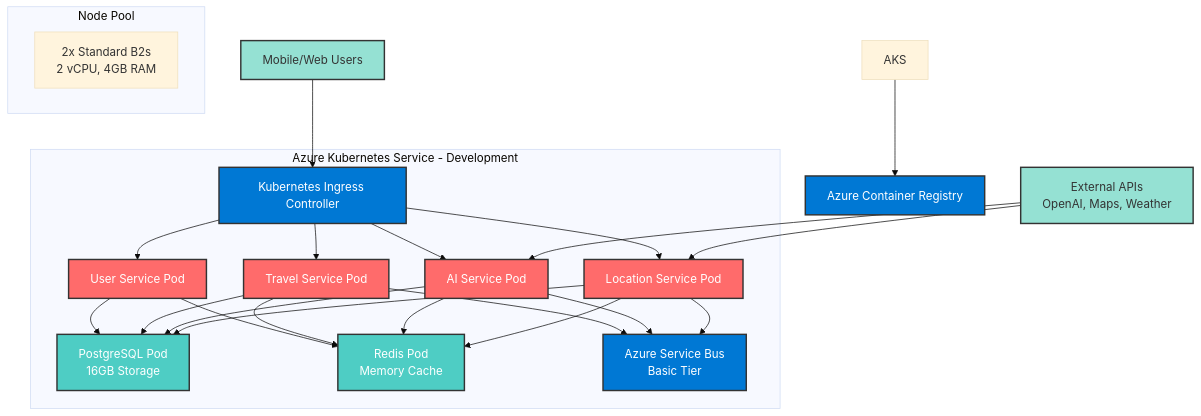
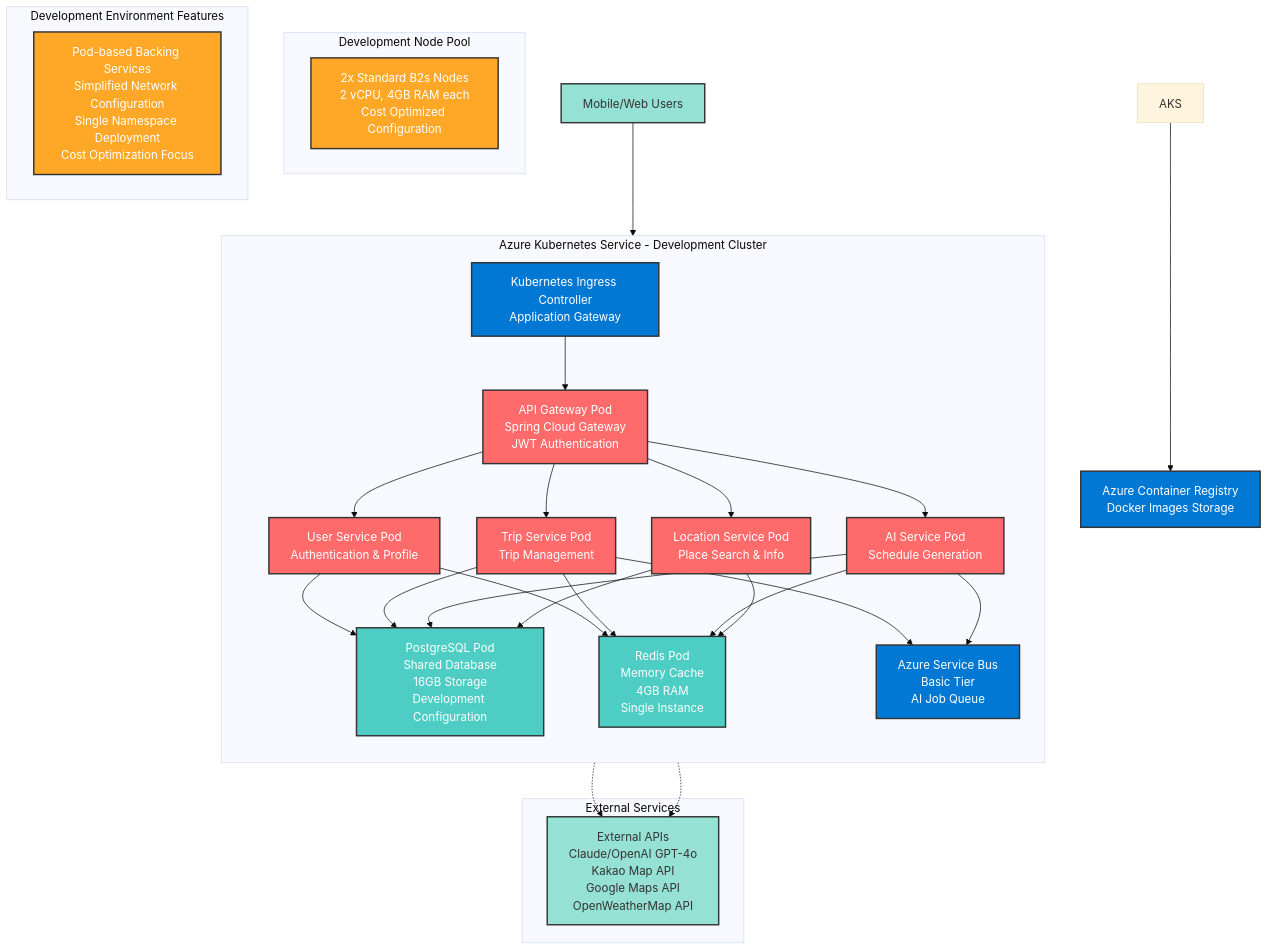
The diagram in design/backend/physical/physical-architecture-dev.mmd (cna-bootcamp/tripgen), drawn with Mermaid (base theme) before and after one commit. The commit also changed 34 other files, not shown here.

```diff
--- a/design/backend/physical/physical-architecture-dev.mmd
+++ b/design/backend/physical/physical-architecture-dev.mmd
@@ -1,49 +1,68 @@
 graph TB
-    %% Development Environment Physical Architecture
+    %% TripGen Development Environment Physical Architecture
+    %% Azure Cloud Based Development Environment
     %% Core Flow: Users → Ingress → Services → Database
     
-    Users[Mobile/Web Users] --> Ingress[Kubernetes Ingress Controller]
+    Users[Mobile/Web Users] --> Ingress[Kubernetes Ingress Controller<br/>Application Gateway]
     
-    subgraph "Azure Kubernetes Service - Development"
-        Ingress --> UserService[User Service Pod]
-        Ingress --> TravelService[Travel Service Pod]
-        Ingress --> ScheduleService[AI Service Pod]
-        Ingress --> LocationService[Location Service Pod]
+    subgraph "Azure Kubernetes Service - Development Cluster"
+        direction TB
         
-        UserService --> PostgreSQL[PostgreSQL Pod<br/>16GB Storage]
-        TravelService --> PostgreSQL
-        ScheduleService --> PostgreSQL
+        %% API Gateway Layer
+        Ingress --> Gateway[API Gateway Pod<br/>Spring Cloud Gateway<br/>JWT Authentication]
+        
+        %% Microservices Layer
+        Gateway --> UserService[User Service Pod<br/>Authentication & Profile]
+        Gateway --> TripService[Trip Service Pod<br/>Trip Management]
+        Gateway --> AIService[AI Service Pod<br/>Schedule Generation]
+        Gateway --> LocationService[Location Service Pod<br/>Place Search & Info]
+        
+        %% Database Layer - Pod based for development
+        UserService --> PostgreSQL[PostgreSQL Pod<br/>Shared Database<br/>16GB Storage<br/>Development Configuration]
+        TripService --> PostgreSQL
+        AIService --> PostgreSQL
         LocationService --> PostgreSQL
         
-        UserService --> Redis[Redis Pod<br/>Memory Cache]
-        TravelService --> Redis
-        ScheduleService --> Redis
+        %% Cache Layer - Pod based for development
+        UserService --> Redis[Redis Pod<br/>Memory Cache<br/>4GB RAM<br/>Single Instance]
+        TripService --> Redis
+        AIService --> Redis
         LocationService --> Redis
         
-        TravelService --> ServiceBus[Azure Service Bus<br/>Basic Tier]
-        ScheduleService --> ServiceBus
-        LocationService --> ServiceBus
+        %% Message Queue - Azure Service Bus for reliability
+        TripService --> ServiceBus[Azure Service Bus<br/>Basic Tier<br/>AI Job Queue]
+        AIService --> ServiceBus
     end
     
     %% External APIs
-    ExternalAPI[External APIs<br/>OpenAI, Maps, Weather] --> ScheduleService
-    ExternalAPI --> LocationService
+    subgraph "External Services"
+        ExternalAPI[External APIs<br/>Claude/OpenAI GPT-4o<br/>Kakao Map API<br/>Google Maps API<br/>OpenWeatherMap API]
+    end
     
-    %% Essential Azure Services
-    AKS --> ContainerRegistry[Azure Container Registry]
+    AIService -.-> ExternalAPI
+    LocationService -.-> ExternalAPI
     
-    %% Node Configuration
-    subgraph "Node Pool"
-        NodePool[2x Standard B2s<br/>2 vCPU, 4GB RAM]
+    %% Azure Services
+    AKS --> ContainerRegistry[Azure Container Registry<br/>Docker Images Storage]
+    
+    %% Development Environment Configuration
+    subgraph "Development Node Pool"
+        NodePool[2x Standard B2s Nodes<br/>2 vCPU, 4GB RAM each<br/>Cost Optimized Configuration]
+    end
+    
+    subgraph "Development Environment Features"
+        DevFeatures[Pod-based Backing Services<br/>Simplified Network Configuration<br/>Single Namespace Deployment<br/>Cost Optimization Focus]
     end
     
     %% Styling
     classDef azureService fill:#0078d4,stroke:#333,stroke-width:2px,color:#fff
     classDef microservice fill:#ff6b6b,stroke:#333,stroke-width:2px,color:#fff
     classDef database fill:#4ecdc4,stroke:#333,stroke-width:2px,color:#fff
     classDef external fill:#95e1d3,stroke:#333,stroke-width:2px,color:#333
+    classDef infrastructure fill:#ffa726,stroke:#333,stroke-width:2px,color:#fff
     
     class Ingress,ServiceBus,ContainerRegistry azureService
-    class UserService,TravelService,ScheduleService,LocationService microservice
+    class Gateway,UserService,TripService,AIService,LocationService microservice
     class PostgreSQL,Redis database
     class Users,ExternalAPI external
+    class NodePool,DevFeatures infrastructure
```
